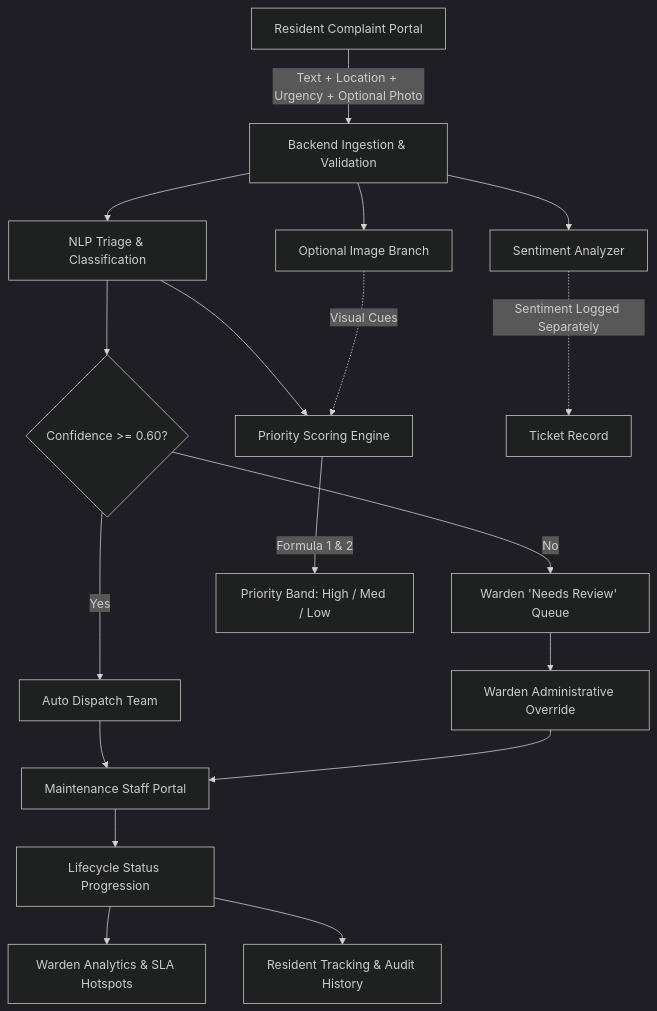
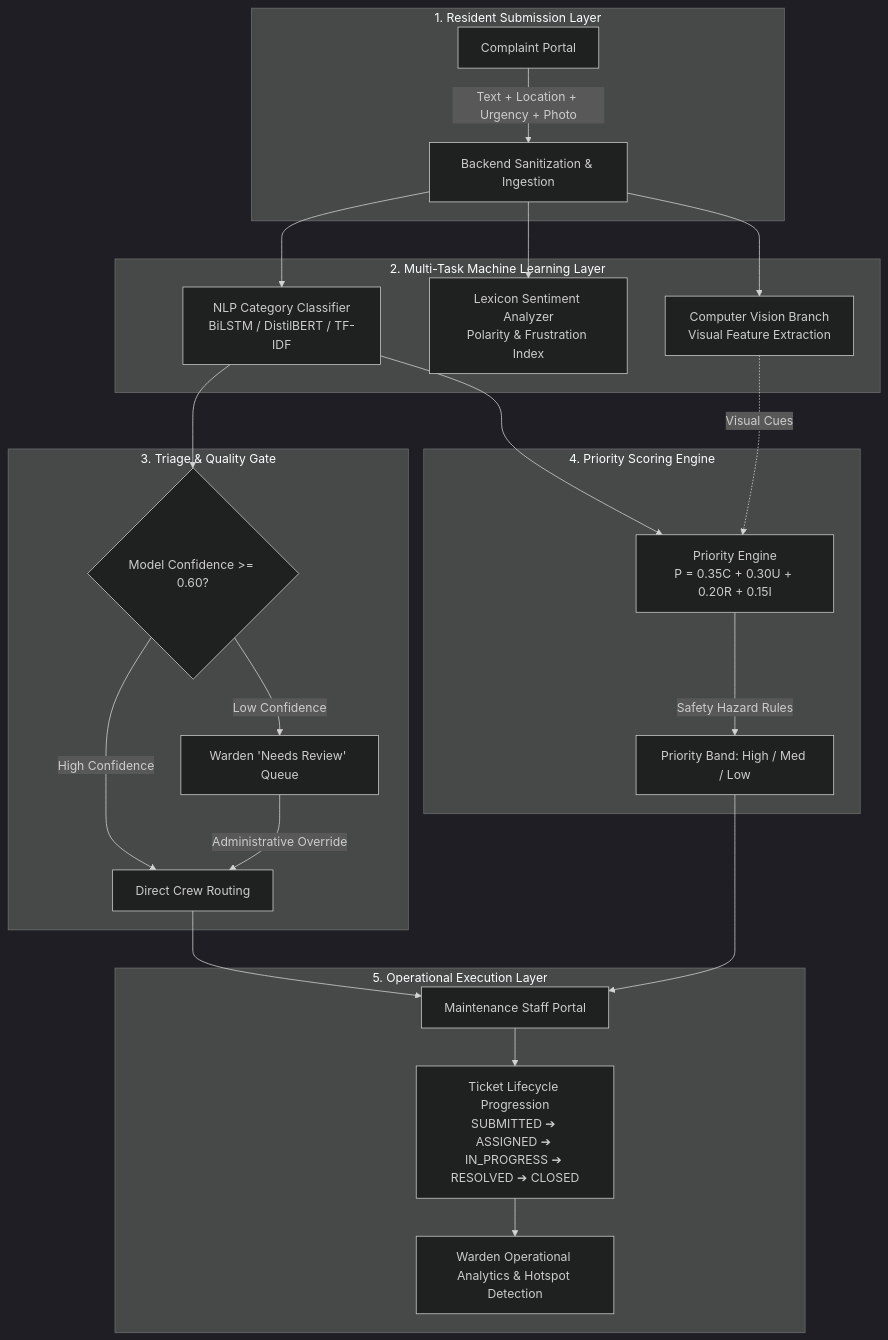
Before and after one commit to harshitchauhann95/Project-472: the diagram in README.md, drawn with Mermaid (dark theme). The commit also changed other lines of this file and 8 other files, not shown here.

Commit message:
refactor: professional ML architecture benchmarks, learning curves, and redesigned 4-in-1 Streamlit suite

````diff
--- a/README.md
+++ b/README.md
@@ -34,24 +32,32 @@
 ```mermaid
 flowchart TD
-    A[Resident Complaint Portal] -->|Text + Location + Urgency + Optional Photo| B[Backend Ingestion & Validation]
-    B --> C[NLP Triage & Classification]
-    B --> D[Sentiment Analyzer]
-    B --> E[Optional Image Branch]
-    
-    C --> F{Confidence >= 0.60?}
-    F -->|Yes| G[Auto Dispatch Team]
-    F -->|No| H[Warden 'Needs Review' Queue]
-    
-    C --> I[Priority Scoring Engine]
-    D -.->|Sentiment Logged Separately| J[Ticket Record]
-    E -.->|Visual Cues| I
-    
-    I -->|Formula 1 & 2| K[Priority Band: High / Med / Low]
-    G --> L[Maintenance Staff Portal]
-    H --> M[Warden Administrative Override]
-    M --> L
-    
-    L --> N[Lifecycle Status Progression]
-    N --> O[Warden Analytics & SLA Hotspots]
-    N --> P[Resident Tracking & Audit History]
+    subgraph Ingestion["1. Resident Submission Layer"]
+        A[Complaint Portal] -->|Text + Location + Urgency + Photo| B[Backend Sanitization & Ingestion]
+    end
+
+    subgraph Intelligence["2. Multi-Task Machine Learning Layer"]
+        B --> C[NLP Category Classifier\nBiLSTM / DistilBERT / TF-IDF]
+        B --> D[Lexicon Sentiment Analyzer\nPolarity & Frustration Index]
+        B --> E[Computer Vision Branch\nVisual Feature Extraction]
+    end
+
+    subgraph Gating["3. Triage & Quality Gate"]
+        C --> F{Model Confidence >= 0.60?}
+        F -->|High Confidence| G[Direct Crew Routing]
+        F -->|Low Confidence| H[Warden 'Needs Review' Queue]
+        H -->|Administrative Override| G
+    end
+
+    subgraph Decision["4. Priority Scoring Engine"]
+        C --> I[Priority Engine\nP = 0.35C + 0.30U + 0.20R + 0.15I]
+        E -.->|Visual Cues| I
+        I -->|Safety Hazard Rules| J[Priority Band: High / Med / Low]
+    end
+
+    subgraph Dispatch["5. Operational Execution Layer"]
+        G --> K[Maintenance Staff Portal]
+        J --> K
+        K --> L[Ticket Lifecycle Progression\nSUBMITTED ➔ ASSIGNED ➔ IN_PROGRESS ➔ RESOLVED ➔ CLOSED]
+        L --> M[Warden Operational Analytics & Hotspot Detection]
+    end
 ```
````
